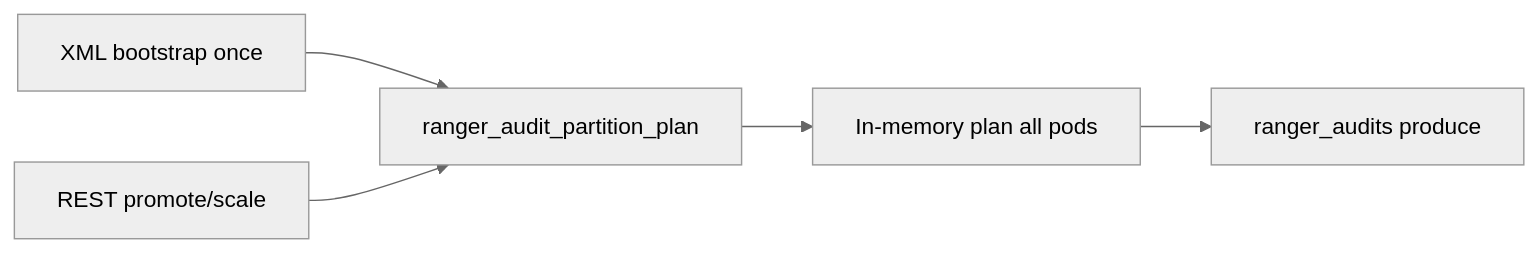
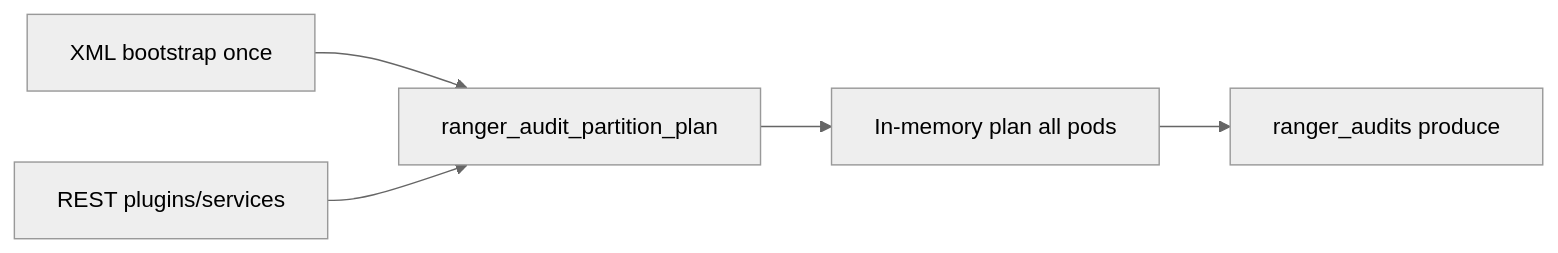
The diagram in audit-server/README-KAFKA-PARTITION-PLAN-OPS-RUNBOOK.md (ramackri/ranger), drawn with Mermaid (neutral theme) before and after one commit. The commit also changed other lines of this file and 50 other files, not shown here.

First line of the commit message:
Refactor partition-plan REST API with PATCH merges and idempotent mutations.

````diff
--- a/audit-server/README-KAFKA-PARTITION-PLAN-OPS-RUNBOOK.md
+++ b/audit-server/README-KAFKA-PARTITION-PLAN-OPS-RUNBOOK.md
@@ -111,7 +111,7 @@
 ```mermaid
 flowchart LR
   XML[XML bootstrap once] --> PlanTopic[ranger_audit_partition_plan]
   PlanTopic --> Mem[In-memory plan all pods]
-  REST[REST promote/scale] --> PlanTopic
+  REST[REST plugins/services] --> PlanTopic
   Mem --> Audits[ranger_audits produce]
 ```
````
